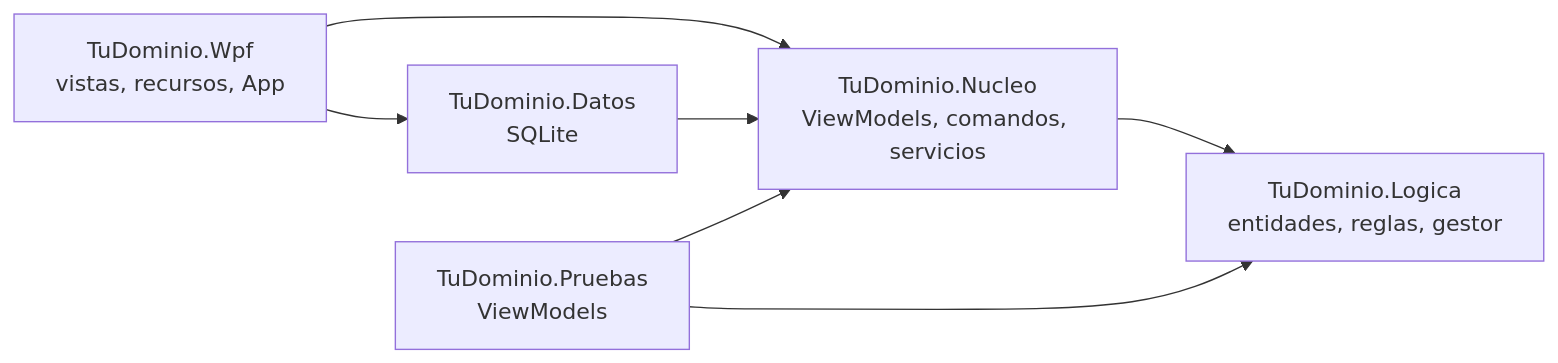
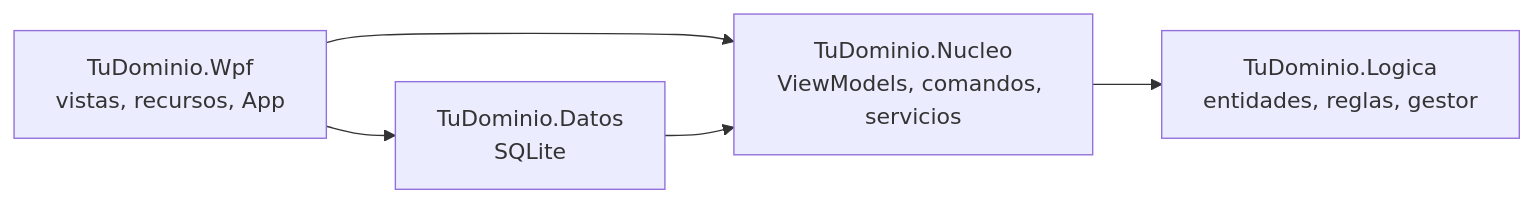
Before and after one commit to fpftoro/UD3_2_2DAM_DEINT_2627: the diagram in proyecto/README.md, drawn with Mermaid. The commit also changed other lines of this file and 3 other files, not shown here.

````diff
--- a/proyecto/README.md
+++ b/proyecto/README.md
@@ -27,9 +27,7 @@
 ```mermaid
 flowchart LR
     W["TuDominio.Wpf<br/>vistas, recursos, App"] --> N["TuDominio.Nucleo<br/>ViewModels, comandos, servicios"]
     W --> D["TuDominio.Datos<br/>SQLite"]
     D --> N
     N --> L["TuDominio.Logica<br/>entidades, reglas, gestor"]
-    P["TuDominio.Pruebas<br/>ViewModels"] --> L
-    P --> N
 ```
````
